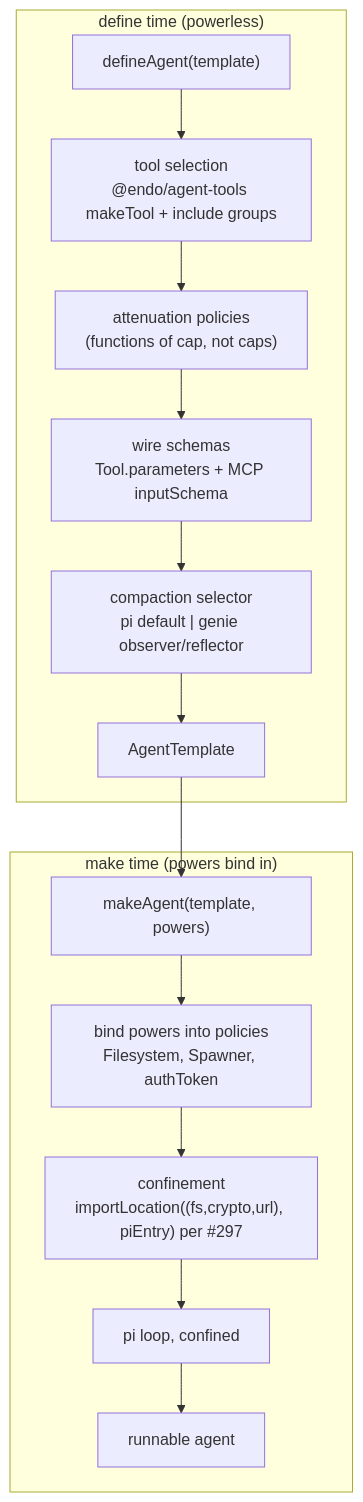
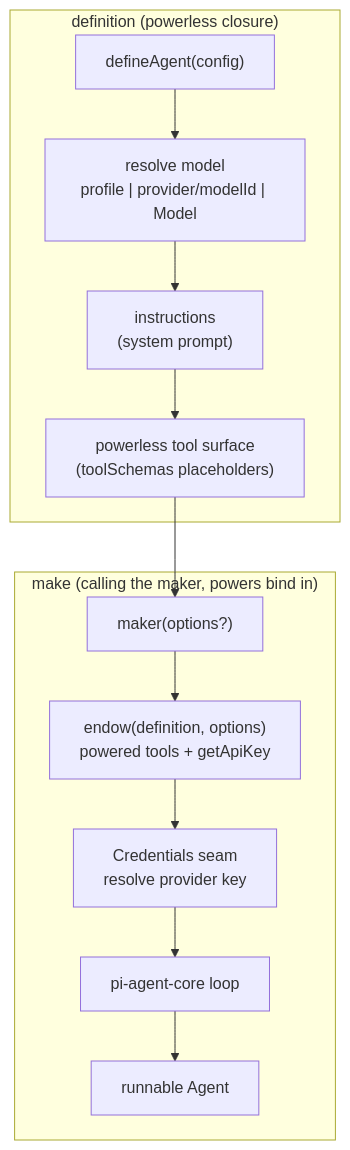
One commit to endojs/endo changed the diagram in designs/agentry-agent-builder.md. Above: the diagram before and after it, drawn with Mermaid. The commit also changed other lines of this file and 1 other file, not shown here.

First line of the commit message:
docs(designs): reconcile agentry-agent-builder with shipped #517 code

````diff
--- a/designs/agentry-agent-builder.md
+++ b/designs/agentry-agent-builder.md
@@ -141,21 +175,19 @@
 ```mermaid
 flowchart TD
-  subgraph define["define time (powerless)"]
-    cfg["defineAgent(template)"]
-    select["tool selection<br/>@endo/agent-tools makeTool + include groups"]
-    atten["attenuation policies<br/>(functions of cap, not caps)"]
-    wire["wire schemas<br/>Tool.parameters + MCP inputSchema"]
-    compact["compaction selector<br/>pi default | genie observer/reflector"]
-    template["AgentTemplate"]
+  subgraph define["definition (powerless closure)"]
+    cfg["defineAgent(config)"]
+    model["resolve model<br/>profile | provider/modelId | Model"]
+    instr["instructions<br/>(system prompt)"]
+    toolsurf["powerless tool surface<br/>(toolSchemas placeholders)"]
   end
-  subgraph make["make time (powers bind in)"]
-    mk["makeAgent(template, powers)"]
-    bindCaps["bind powers into policies<br/>Filesystem, Spawner, authToken"]
-    confine["confinement<br/>importLocation((fs,crypto,url), piEntry) per #297"]
-    loop["pi loop, confined"]
-    agent["runnable agent"]
+  subgraph make["make (calling the maker, powers bind in)"]
+    mk["maker(options?)"]
+    endow["endow(definition, options)<br/>powered tools + getApiKey"]
+    creds["Credentials seam<br/>resolve provider key"]
+    loop["pi-agent-core loop"]
+    agent["runnable Agent"]
   end
-  cfg --> select --> atten --> wire --> compact --> template
-  template --> mk
-  mk --> bindCaps --> confine --> loop --> agent
+  cfg --> model --> instr --> toolsurf
+  toolsurf --> mk
+  mk --> endow --> creds --> loop --> agent
 ```
````
